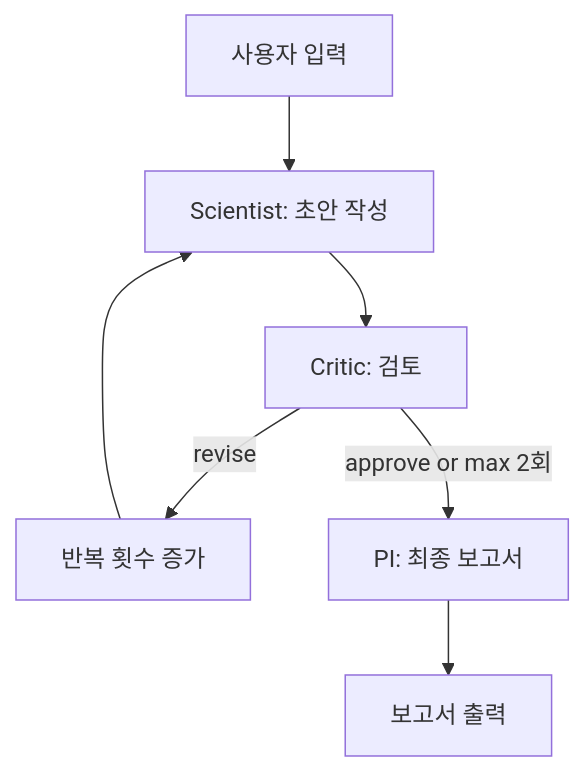
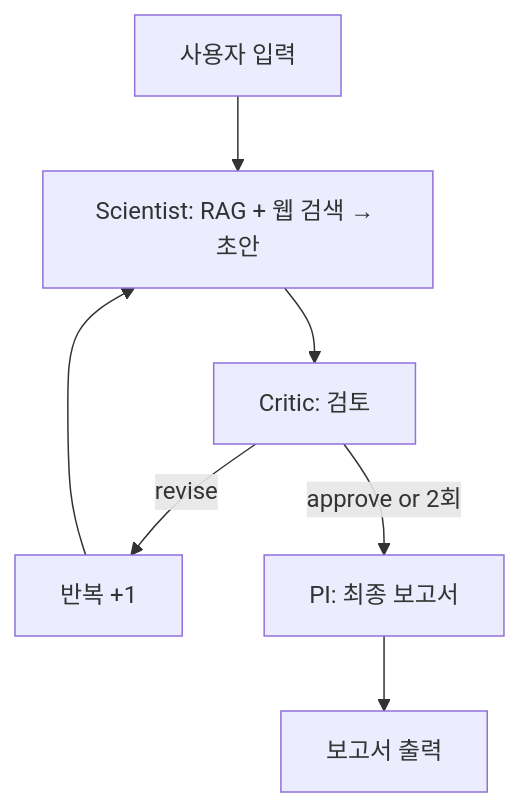
Before and after one commit to baesisi3648/pjt-virtual_lab: the diagram in README.md, drawn with Mermaid. The commit also changed other lines of this file and 79 other files, not shown here.

````diff
--- a/README.md
+++ b/README.md
@@ -96,9 +138,9 @@
 ```mermaid
 flowchart TD
-    Start[사용자 입력] --> Scientist[Scientist: 초안 작성]
+    Start[사용자 입력] --> Scientist[Scientist: RAG + 웹 검색 → 초안]
     Scientist --> Critic[Critic: 검토]
-    Critic -->|revise| Increment[반복 횟수 증가]
+    Critic -->|revise| Increment[반복 +1]
     Increment --> Scientist
-    Critic -->|approve or max 2회| PI[PI: 최종 보고서]
+    Critic -->|approve or 2회| PI[PI: 최종 보고서]
     PI --> End[보고서 출력]
 ```
````
